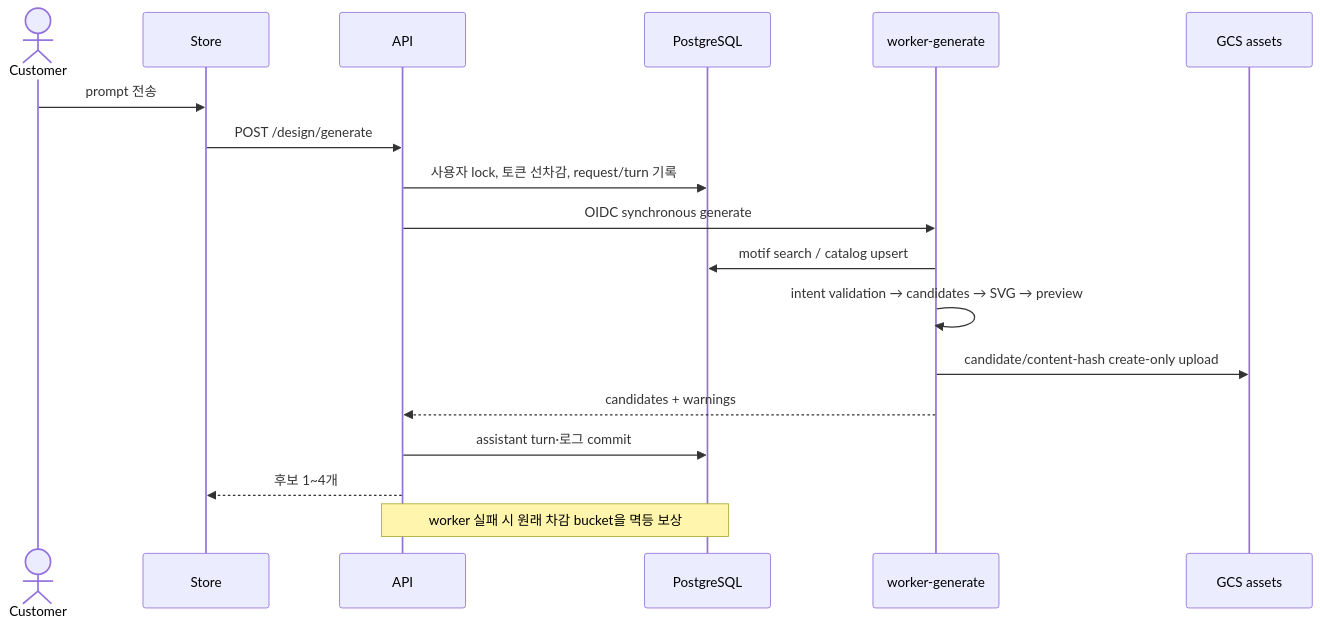
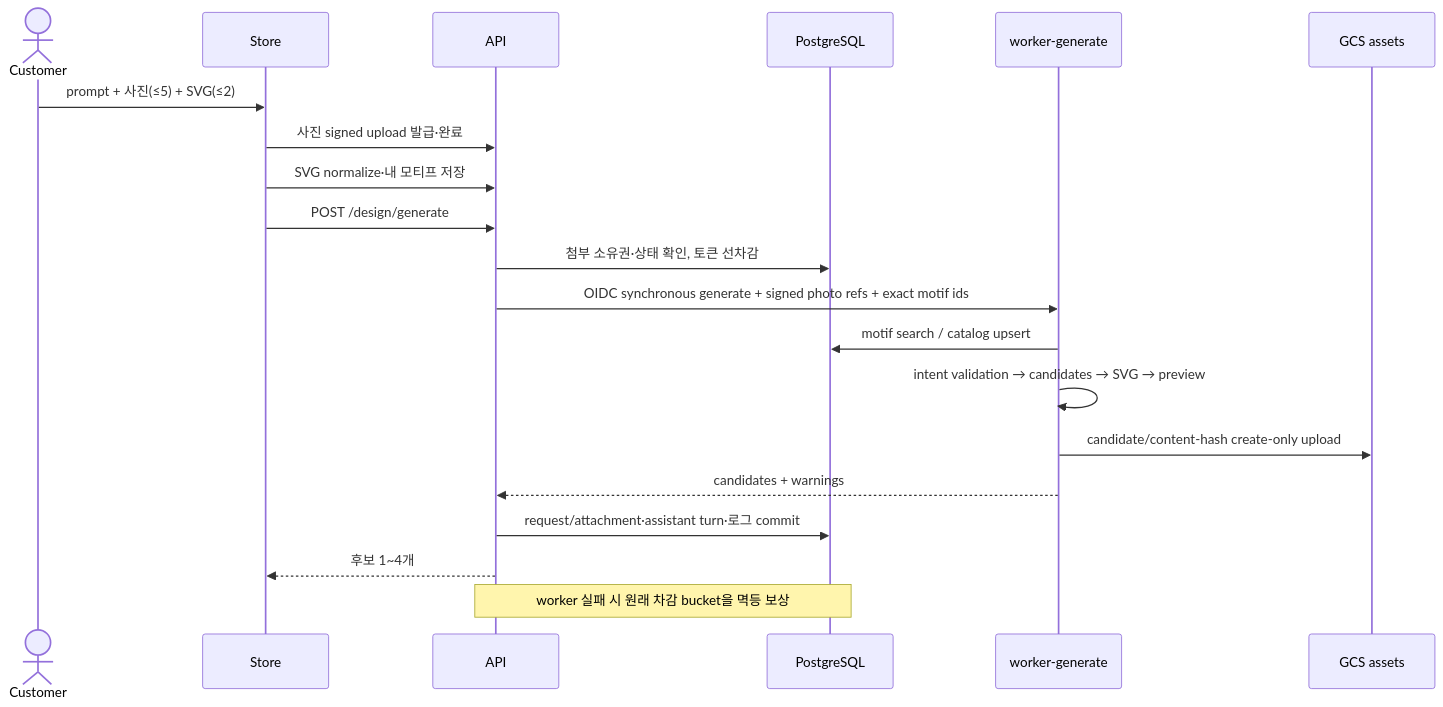
The fifth of 8 diagrams in ARCHITECTURE.md (Bongseop-Kim/essesion), drawn with Mermaid before and after one commit. The commit also changed other lines of this file and 35 other files, not shown here.

Commit message:
Add design photo and SVG motif attachments

````diff
--- a/ARCHITECTURE.md
+++ b/ARCHITECTURE.md
@@ -521,22 +527,24 @@
 ```mermaid
 sequenceDiagram
     actor U as Customer
     participant S as Store
     participant A as API
     participant DB as PostgreSQL
     participant W as worker-generate
     participant G as GCS assets
 
-    U->>S: prompt 전송
+    U->>S: prompt + 사진(≤5) + SVG(≤2)
+    S->>A: 사진 signed upload 발급·완료
+    S->>A: SVG normalize·내 모티프 저장
     S->>A: POST /design/generate
-    A->>DB: 사용자 lock, 토큰 선차감, request/turn 기록
-    A->>W: OIDC synchronous generate
+    A->>DB: 첨부 소유권·상태 확인, 토큰 선차감
+    A->>W: OIDC synchronous generate + signed photo refs + exact motif ids
     W->>DB: motif search / catalog upsert
     W->>W: intent validation → candidates → SVG → preview
     W->>G: candidate/content-hash create-only upload
     W-->>A: candidates + warnings
-    A->>DB: assistant turn·로그 commit
+    A->>DB: request/attachment·assistant turn·로그 commit
     A-->>S: 후보 1~4개
 
     Note over A,DB: worker 실패 시 원래 차감 bucket을 멱등 보상
 ```
````
